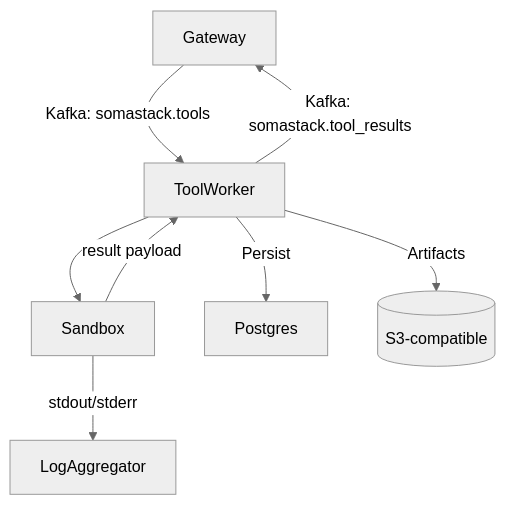
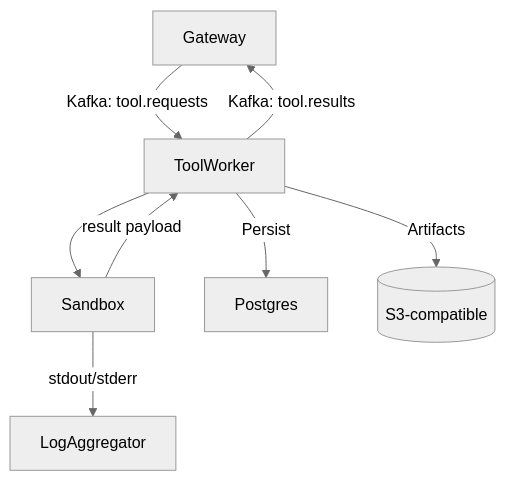
Before and after one commit to somatechlat/somaagent01: the first of 2 diagrams in docs/technical-manual/components/tool-executor.md, drawn with Mermaid (neutral theme). The commit also changed other lines of this file and 167 other files, not shown here.

````diff
--- a/docs/technical-manual/components/tool-executor.md
+++ b/docs/technical-manual/components/tool-executor.md
@@ -25,10 +25,10 @@
 ```mermaid
 graph TD
-    Gateway -->|Kafka: somastack.tools| ToolWorker
+  Gateway -->|Kafka: tool.requests| ToolWorker
     ToolWorker --> Sandbox
     Sandbox -->|stdout/stderr| LogAggregator
     Sandbox -->|result payload| ToolWorker
-    ToolWorker -->|Kafka: somastack.tool_results| Gateway
+  ToolWorker -->|Kafka: tool.results| Gateway
     ToolWorker -->|Persist| Postgres
     ToolWorker -->|Artifacts| ObjectStore[(S3-compatible)]
 ```
````
